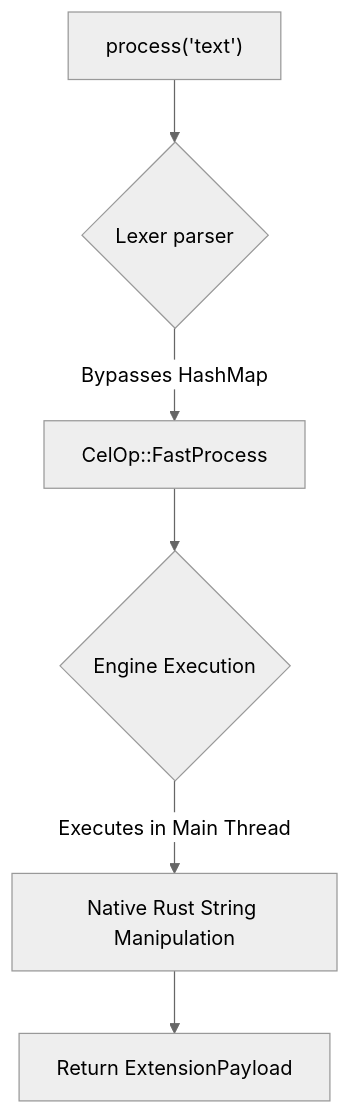
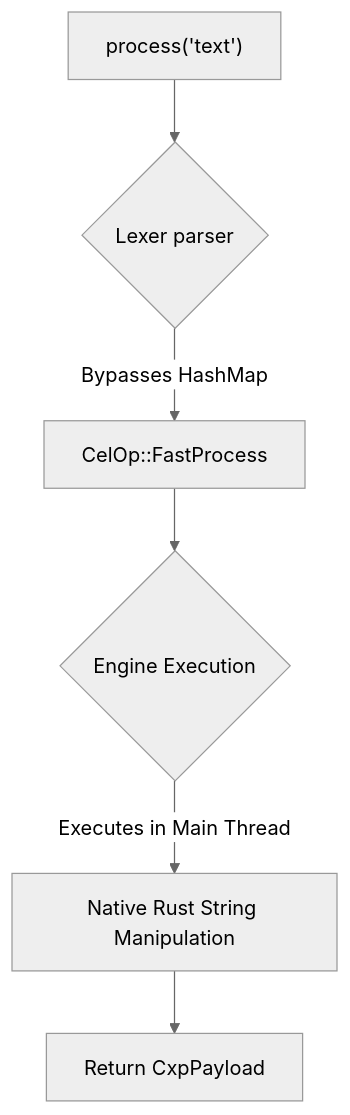
One commit to ayan-kushwaha/Cluaiz- changed the diagram in docs/cel/tutorials/process.md. Above: the diagram before and after it, drawn with Mermaid (neutral theme). The commit also changed 109 other files, not shown here.

````diff
--- a/docs/cel/tutorials/process.md
+++ b/docs/cel/tutorials/process.md
@@ -34,12 +34,12 @@
 ```mermaid
 flowchart TD
     A["process('text')"] --> B{"Lexer parser"}
     
     B -->|Bypasses HashMap| C["CelOp::FastProcess"]
     
     C --> D{"Engine Execution"}
     
     D -->|Executes in Main Thread| E["Native Rust String Manipulation"]
     
-    E --> F["Return ExtensionPayload"]
+    E --> F["Return CxpPayload"]
 ```
````
